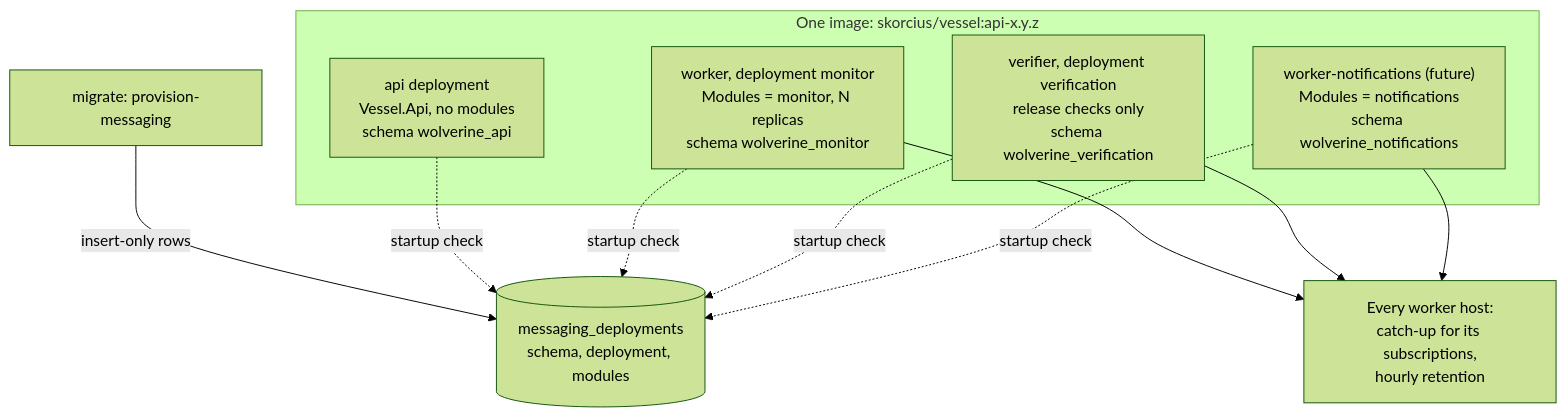
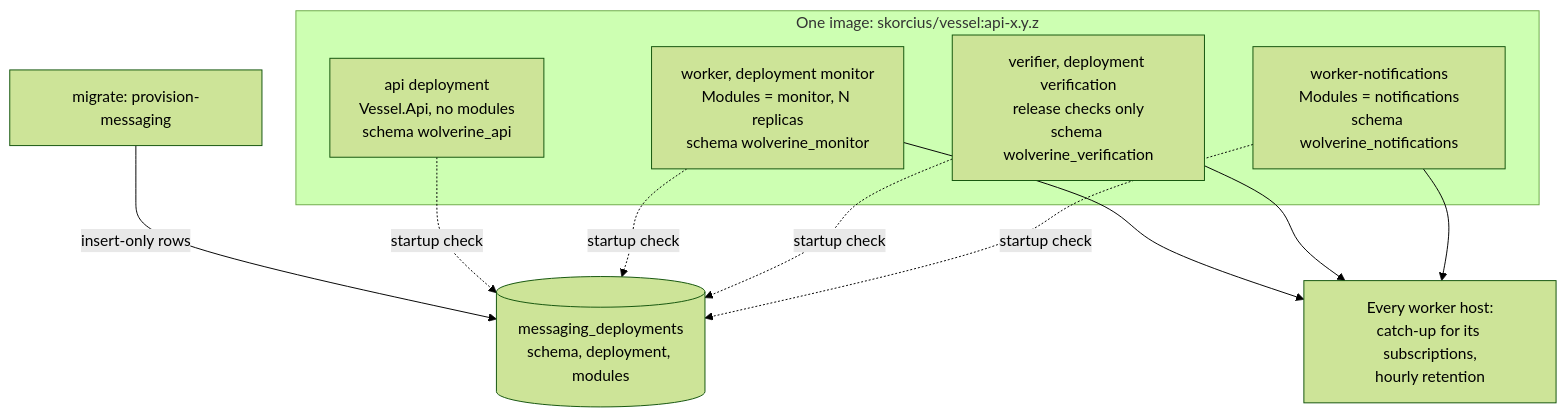
The fifth of 8 diagrams in docs/architecture/messaging-and-workers.md (jcarcaboso/vessel), drawn with Mermaid (forest theme) before and after one commit. The commit also changed other lines of this file and 11 other files, not shown here.

````diff
--- a/docs/architecture/messaging-and-workers.md
+++ b/docs/architecture/messaging-and-workers.md
@@ -362,17 +362,17 @@
 ```mermaid
 flowchart TB
     subgraph Image["One image: skorcius/vessel:api-x.y.z"]
         ApiDep["api deployment<br/>Vessel.Api, no modules<br/>schema wolverine_api"]
         MonDep["worker, deployment monitor<br/>Modules = monitor, N replicas<br/>schema wolverine_monitor"]
         VerDep["verifier, deployment verification<br/>release checks only<br/>schema wolverine_verification"]
-        NotDep["worker-notifications (future)<br/>Modules = notifications<br/>schema wolverine_notifications"]
+        NotDep["worker-notifications<br/>Modules = notifications<br/>schema wolverine_notifications"]
     end
     Migrate["migrate: provision-messaging"] -->|"insert-only rows"| Registry[("messaging_deployments<br/>schema, deployment, modules")]
     ApiDep -.->|"startup check"| Registry
     MonDep -.->|"startup check"| Registry
     VerDep -.->|"startup check"| Registry
     NotDep -.->|"startup check"| Registry
     MonDep --> Maint["Every worker host:<br/>catch-up for its subscriptions,<br/>hourly retention"]
     VerDep --> Maint
     NotDep --> Maint
 ```
````
